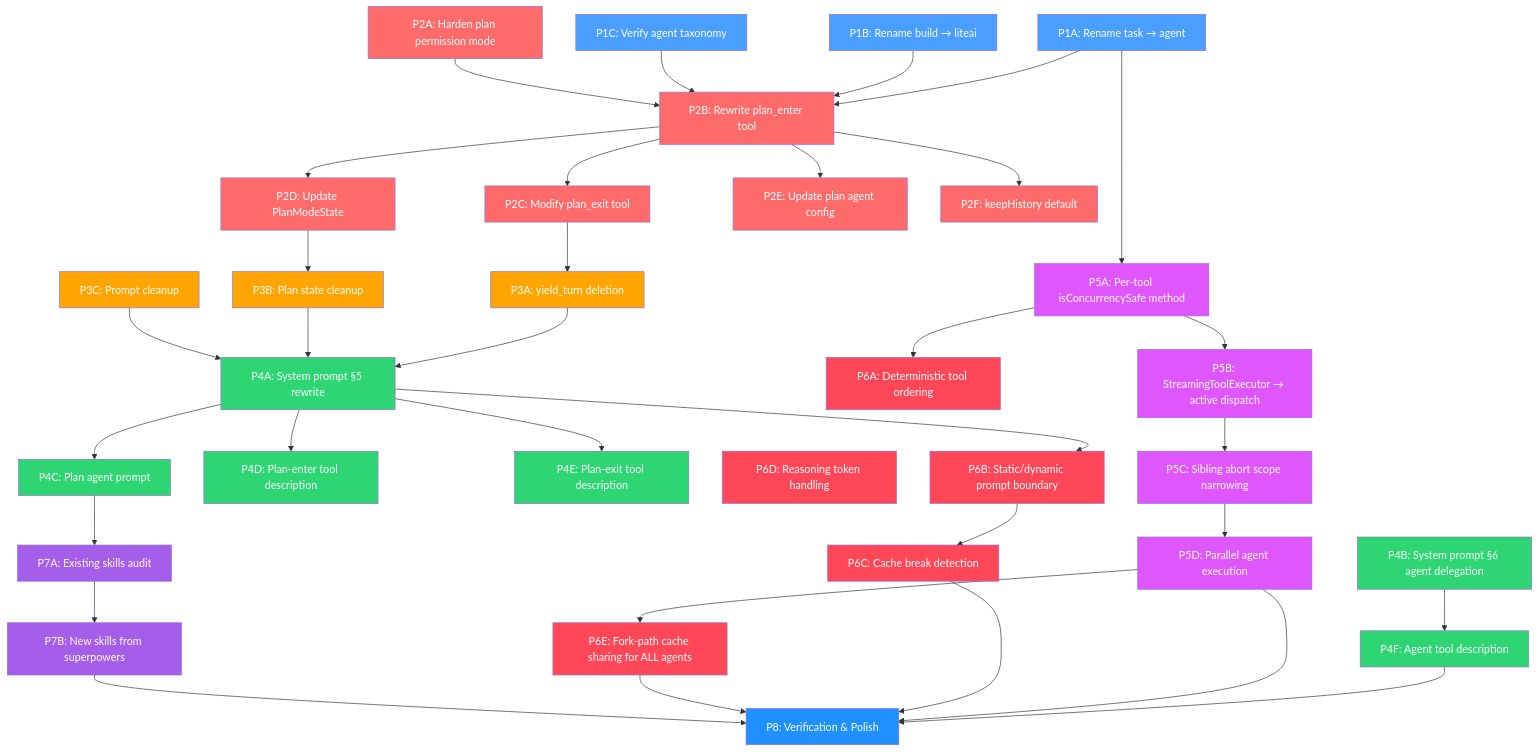
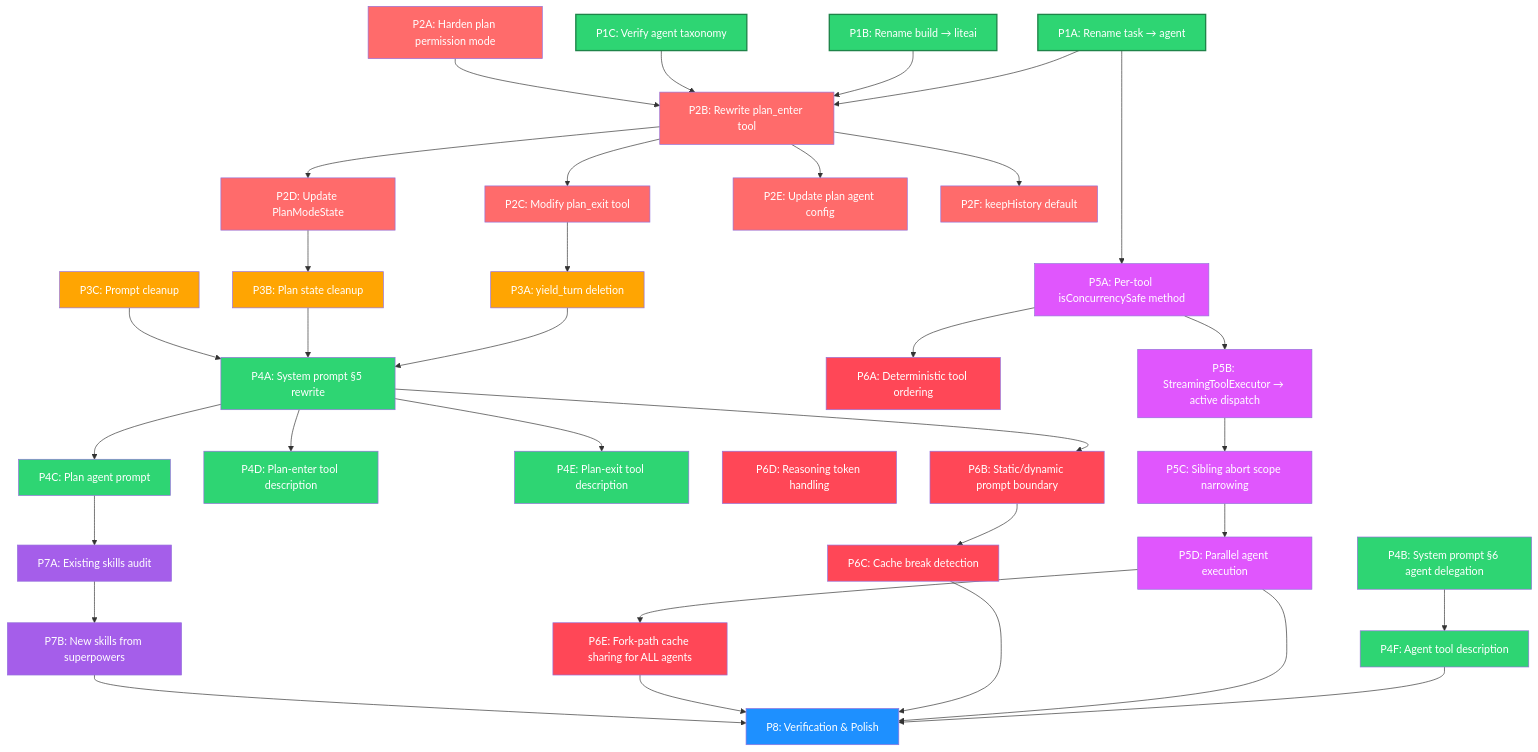
The diagram in roadmap/plan-mode-redesign/00-roadmap.md (liteaiagent/liteai), drawn with Mermaid before and after one commit. The commit also changed other lines of this file and 11 other files, not shown here.

```diff
--- a/roadmap/plan-mode-redesign/00-roadmap.md
+++ b/roadmap/plan-mode-redesign/00-roadmap.md
@@ -209,9 +209,9 @@
     P7B --> P8
 
     %% Styling
-    style P1A fill:#4a9eff,color:#fff
-    style P1B fill:#4a9eff,color:#fff
-    style P1C fill:#4a9eff,color:#fff
+    style P1A fill:#2ed573,color:#fff,stroke:#1e8449,stroke-width:2px
+    style P1B fill:#2ed573,color:#fff,stroke:#1e8449,stroke-width:2px
+    style P1C fill:#2ed573,color:#fff,stroke:#1e8449,stroke-width:2px
     style P2A fill:#ff6b6b,color:#fff
     style P2B fill:#ff6b6b,color:#fff
     style P2C fill:#ff6b6b,color:#fff
```
